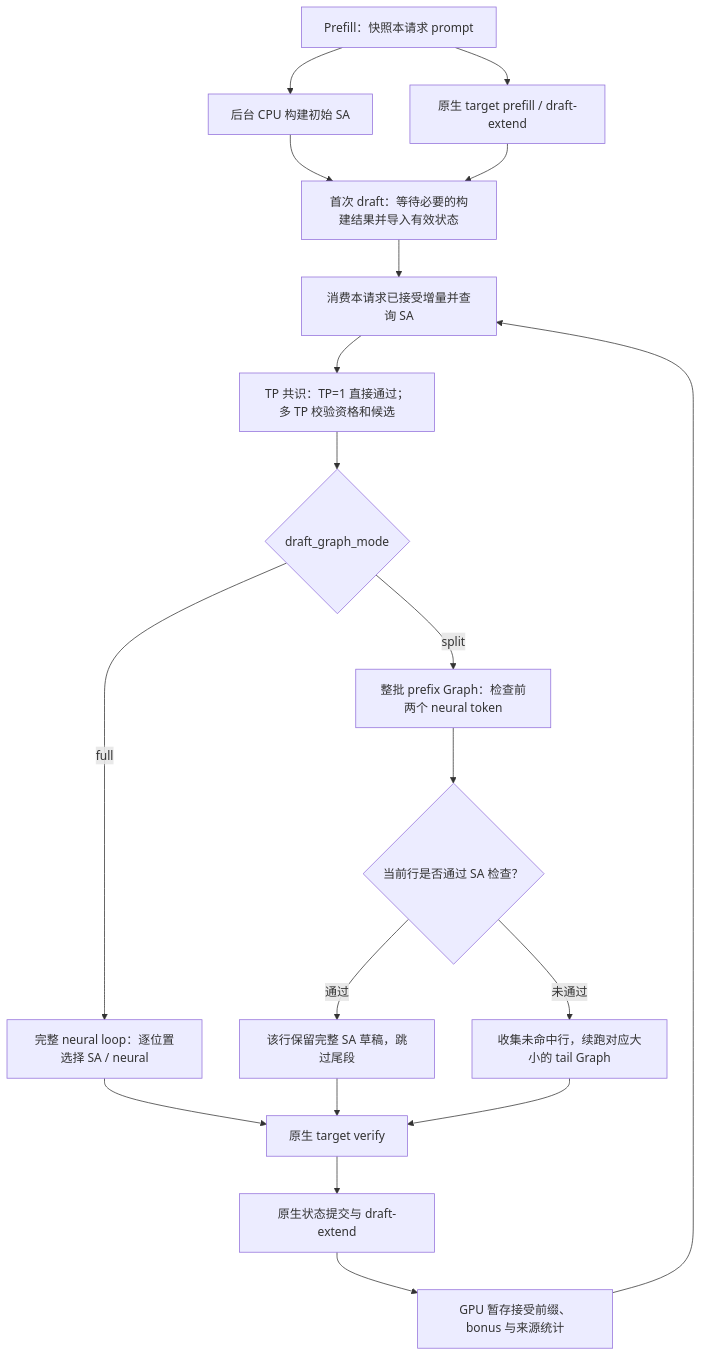
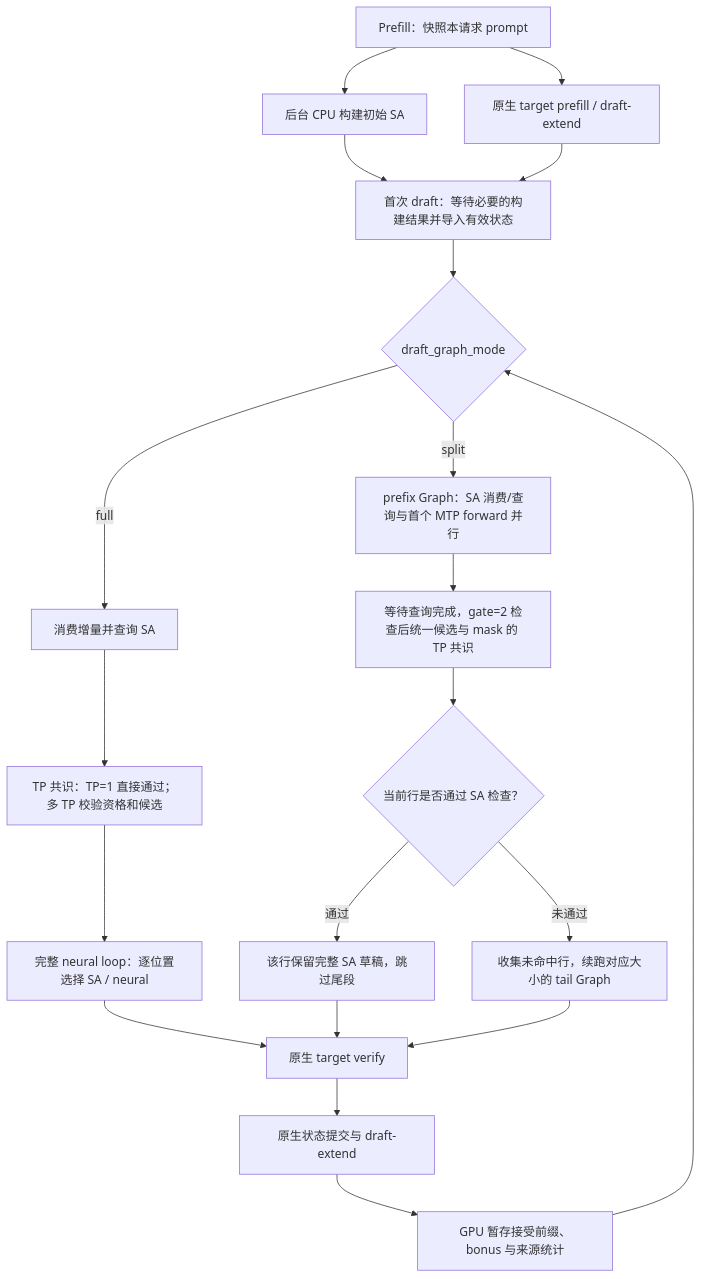
Before and after one commit to ggg-s/sglang: the diagram in experimental/hybrid-spec/OPTIMIZATIONS.md, drawn with Mermaid. The commit also changed other lines of this file and 13 other files, not shown here.

````diff
--- a/experimental/hybrid-spec/OPTIMIZATIONS.md
+++ b/experimental/hybrid-spec/OPTIMIZATIONS.md
@@ -42,21 +46,22 @@
 ```mermaid
 flowchart TB
     P["Prefill：快照本请求 prompt"] --> H["后台 CPU 构建初始 SA"]
     P --> M["原生 target prefill / draft-extend"]
     H --> I["首次 draft：等待必要的构建结果并导入有效状态"]
     M --> I
-    I --> Q["消费本请求已接受增量并查询 SA"]
+    I --> G{"draft_graph_mode"}
+    G -->|full| Q["消费增量并查询 SA"]
     Q --> T["TP 共识：TP=1 直接通过；多 TP 校验资格和候选"]
-    T --> G{"draft_graph_mode"}
-    G -->|full| F["完整 neural loop：逐位置选择 SA / neural"]
-    G -->|split| A["整批 prefix Graph：检查前两个 neural token"]
-    A --> B{"当前行是否通过 SA 检查？"}
+    T --> F["完整 neural loop：逐位置选择 SA / neural"]
+    G -->|split| A["prefix Graph：SA 消费/查询与首个 MTP forward 并行"]
+    A --> C["等待查询完成，gate=2 检查后统一候选与 mask 的 TP 共识"]
+    C --> B{"当前行是否通过 SA 检查？"}
     B -->|通过| S["该行保留完整 SA 草稿，跳过尾段"]
     B -->|未通过| N["收集未命中行，续跑对应大小的 tail Graph"]
     F --> V["原生 target verify"]
     S --> V
     N --> V
     V --> E["原生状态提交与 draft-extend"]
     E --> R["GPU 暂存接受前缀、bonus 与来源统计"]
-    R --> Q
+    R --> G
 ```
````
